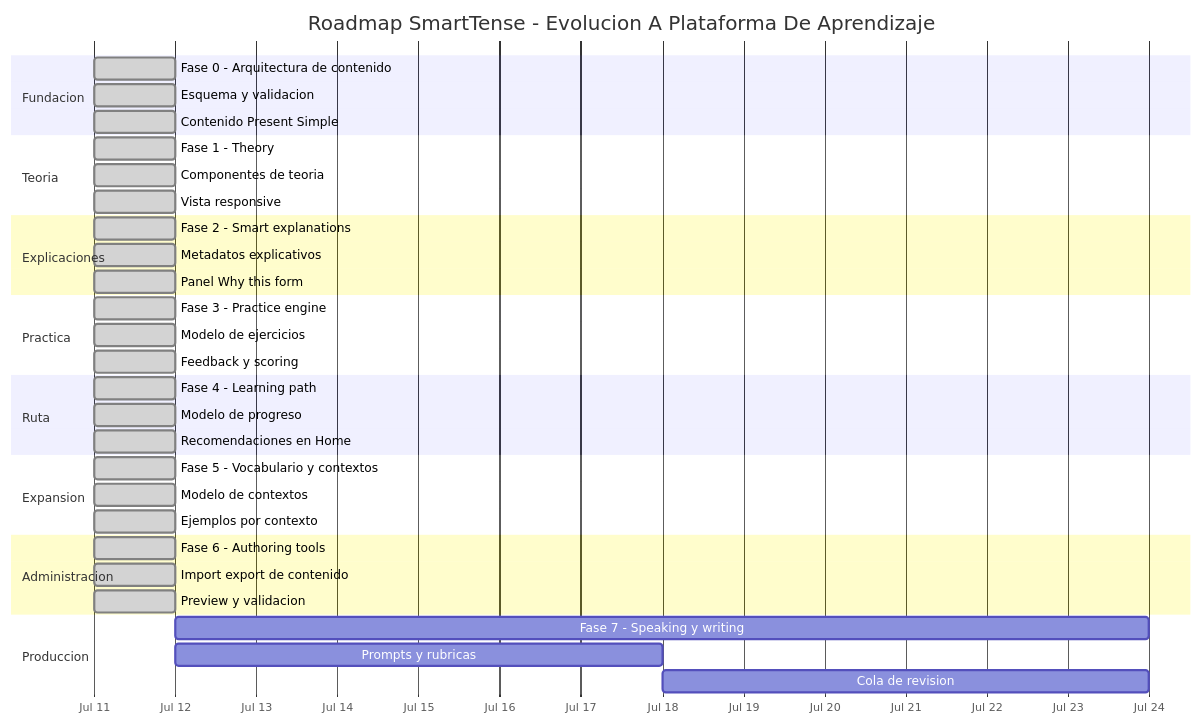
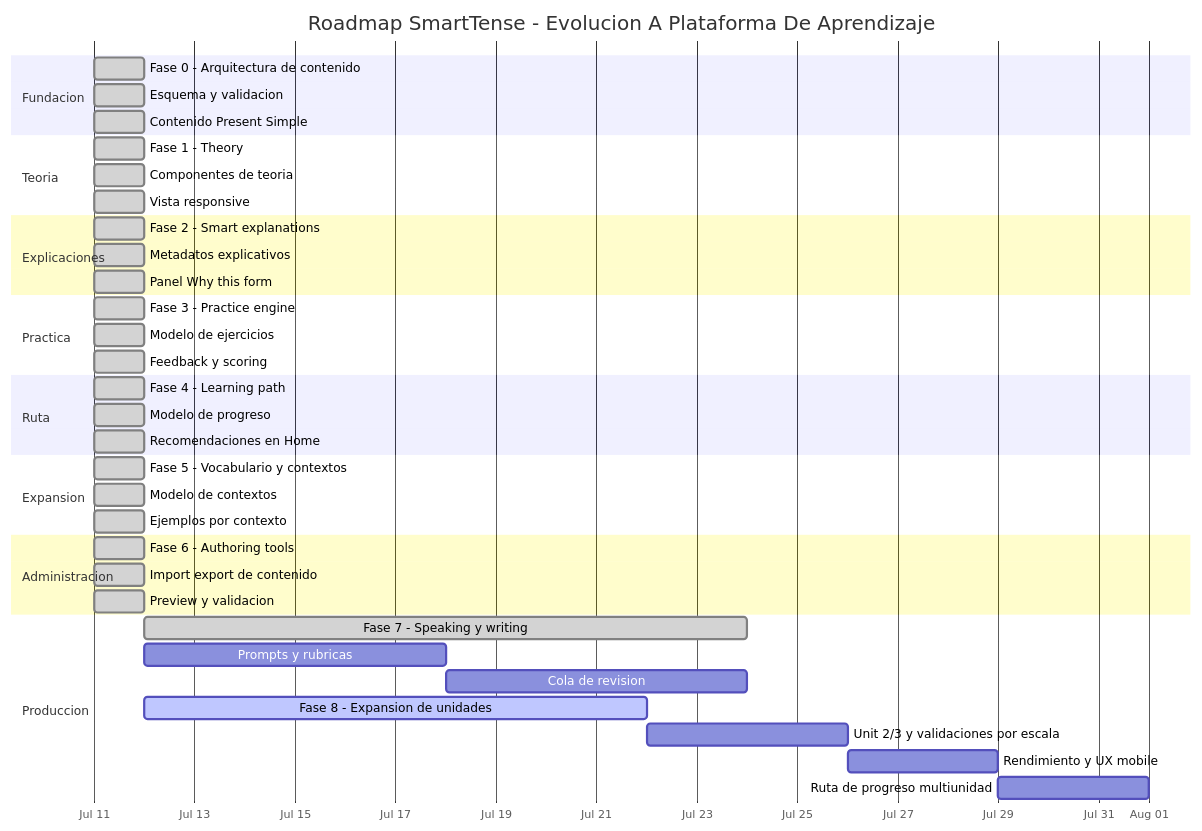
One commit to dafermen/SmartTense changed the diagram in docs/PROJECT_PHASE_ROADMAP.md. Above: the diagram before and after it, drawn with Mermaid. The commit also changed other lines of this file and 11 other files, not shown here.

Commit message:
Add phase execution log and Dario-based roadmap artifacts

````diff
--- a/docs/PROJECT_PHASE_ROADMAP.md
+++ b/docs/PROJECT_PHASE_ROADMAP.md
@@ -238,46 +266,50 @@
 ```mermaid
 gantt
     title Roadmap SmartTense - Evolucion A Plataforma De Aprendizaje
     dateFormat  YYYY-MM-DD
     axisFormat  %b %d
 
     section Fundacion
     Fase 0 - Arquitectura de contenido      :done, p0, 2026-07-11, 1d
     Esquema y validacion                    :done, p0a, 2026-07-11, 1d
     Contenido Present Simple                :done, p0b, 2026-07-11, 1d
 
     section Teoria
     Fase 1 - Theory                         :done, p1, 2026-07-11, 1d
     Componentes de teoria                   :done, p1a, 2026-07-11, 1d
     Vista responsive                        :done, p1b, 2026-07-11, 1d
 
     section Explicaciones
     Fase 2 - Smart explanations             :done, p2, 2026-07-11, 1d
     Metadatos explicativos                  :done, p2a, 2026-07-11, 1d
     Panel Why this form                     :done, p2b, 2026-07-11, 1d
 
     section Practica
     Fase 3 - Practice engine                :done, p3, 2026-07-11, 1d
     Modelo de ejercicios                    :done, p3a, 2026-07-11, 1d
     Feedback y scoring                      :done, p3b, 2026-07-11, 1d
 
     section Ruta
     Fase 4 - Learning path                  :done, p4, 2026-07-11, 1d
     Modelo de progreso                      :done, p4a, 2026-07-11, 1d
     Recomendaciones en Home                 :done, p4b, 2026-07-11, 1d
 
     section Expansion
     Fase 5 - Vocabulario y contextos        :done, p5, 2026-07-11, 1d
     Modelo de contextos                     :done, p5a, 2026-07-11, 1d
     Ejemplos por contexto                   :done, p5b, 2026-07-11, 1d
 
     section Administracion
     Fase 6 - Authoring tools                :done, p6, 2026-07-11, 1d
     Import export de contenido              :done, p6a, 2026-07-11, 1d
     Preview y validacion                    :done, p6b, 2026-07-11, 1d
 
     section Produccion
-    Fase 7 - Speaking y writing             :p7, 2026-07-12, 12d
+    Fase 7 - Speaking y writing             :done, p7, 2026-07-12, 12d
     Prompts y rubricas                      :p7a, 2026-07-12, 6d
     Cola de revision                        :p7b, after p7a, 6d
+    Fase 8 - Expansion de unidades          :active, p8, 2026-07-12, 10d
+    Unit 2/3 y validaciones por escala      :p8a, after p8, 4d
+    Rendimiento y UX mobile                  :p8b, after p8a, 3d
+    Ruta de progreso multiunidad             :p8c, after p8b, 3d
 ```
````
